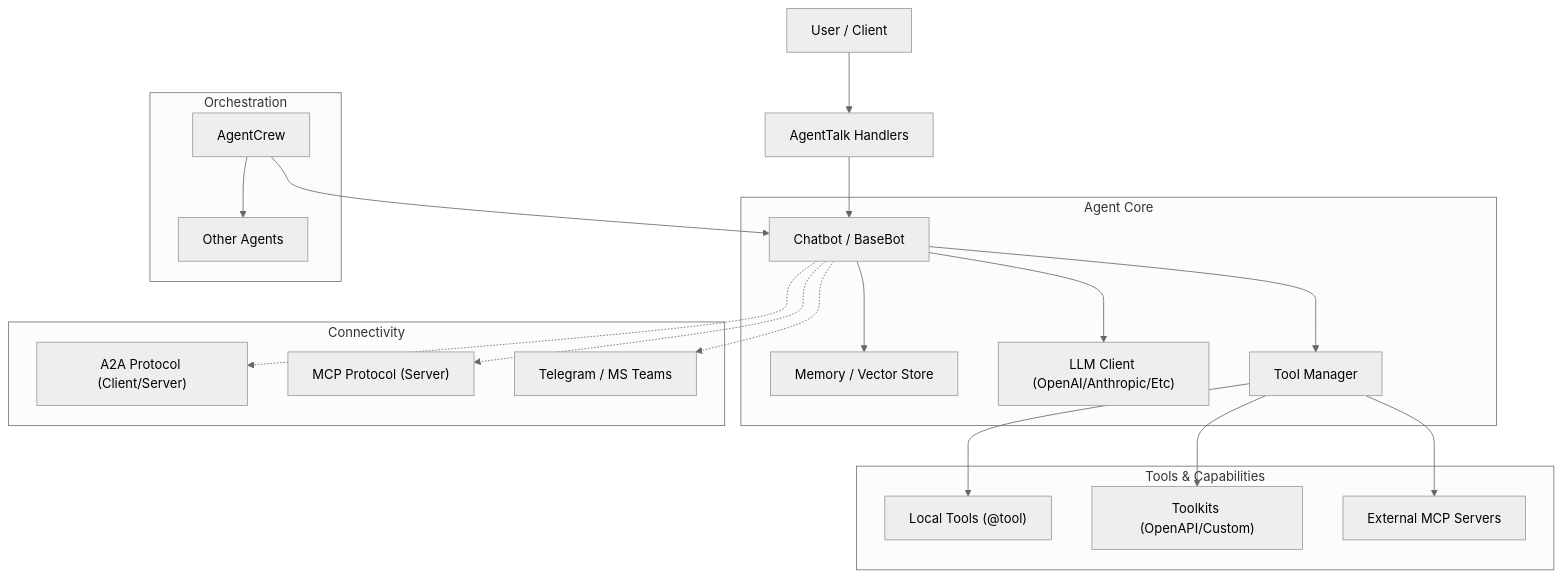
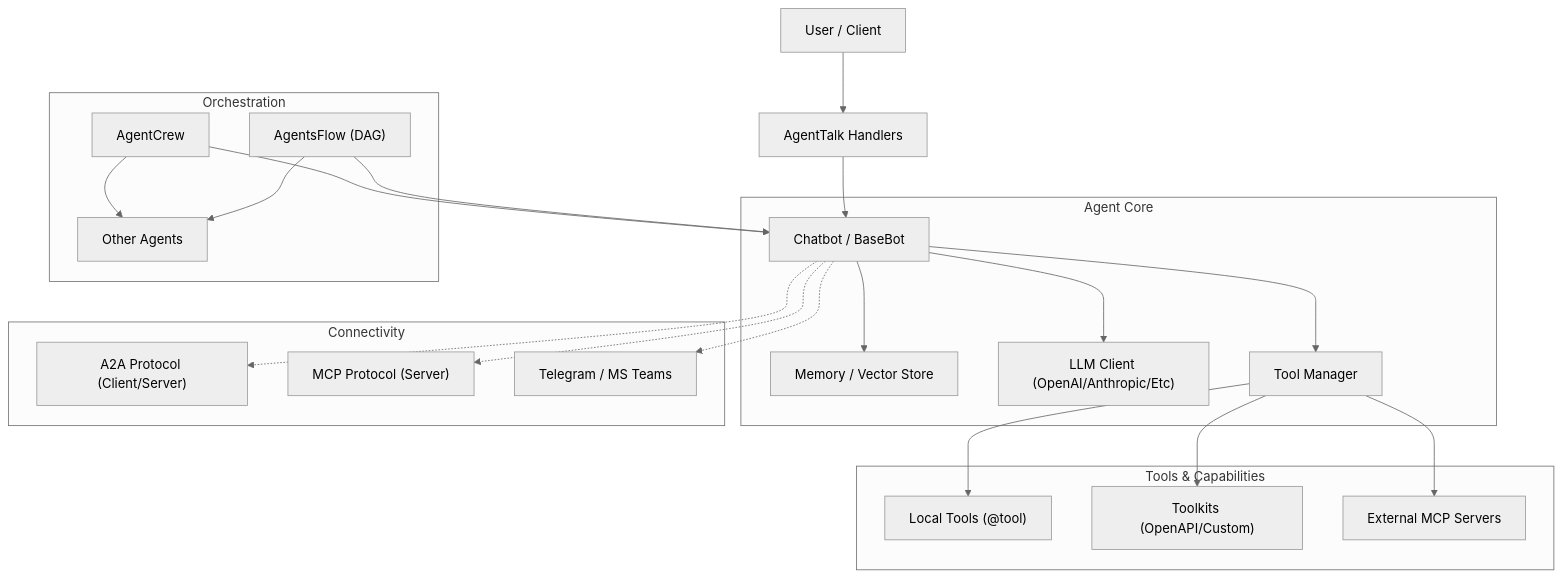
The diagram in README.md (phenobarbital/ai-parrot), drawn with Mermaid (neutral theme) before and after one commit. The commit also changed other lines of this file and 1 other file, not shown here.

````diff
--- a/README.md
+++ b/README.md
@@ -325,28 +362,30 @@
 ```mermaid
 graph TD
     User["User / Client"] --> API["AgentTalk Handlers"]
     API --> Bot["Chatbot / BaseBot"]
 
     subgraph "Agent Core"
         Bot --> Memory["Memory / Vector Store"]
         Bot --> LLM["LLM Client (OpenAI/Anthropic/Etc)"]
         Bot --> TM["Tool Manager"]
     end
 
     subgraph "Tools & Capabilities"
         TM --> LocalTools["Local Tools (@tool)"]
         TM --> Toolkits["Toolkits (OpenAPI/Custom)"]
         TM --> MCPServer["External MCP Servers"]
     end
 
     subgraph "Connectivity"
         Bot -.-> A2A["A2A Protocol (Client/Server)"]
         Bot -.-> MCP["MCP Protocol (Server)"]
         Bot -.-> Integrations["Telegram / MS Teams"]
     end
 
     subgraph "Orchestration"
         Crew["AgentCrew"] --> Bot
+        Flow["AgentsFlow (DAG)"] --> Bot
         Crew --> OtherBots["Other Agents"]
+        Flow --> OtherBots
     end
 ```
````
